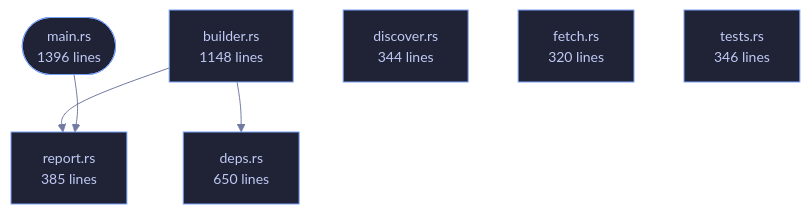
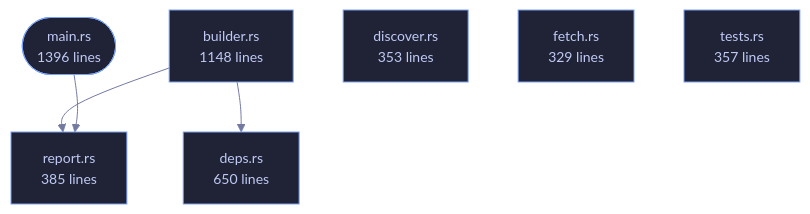
The diagram in crates/veilvoice-verify/README.md (tilas01/veilvoice), drawn with Mermaid before and after one commit. The commit also changed other lines of this file and 487 other files, not shown here.

````diff
--- a/crates/veilvoice-verify/README.md
+++ b/crates/veilvoice-verify/README.md
@@ -93,21 +93,21 @@
 ```mermaid
 %%{init: {"theme":"base","themeVariables":{"background":"#1a1b26","primaryColor":"#1f2335","primaryTextColor":"#c0caf5","primaryBorderColor":"#7aa2f7","secondaryColor":"#16161e","tertiaryColor":"#16161e","lineColor":"#737aa2","textColor":"#c0caf5","mainBkg":"#1f2335","nodeBorder":"#7aa2f7","clusterBkg":"#16161e","clusterBorder":"#2f3549","fontFamily":"ui-monospace, SFMono-Regular, Consolas, monospace","fontSize":"14px"}}}%%
 flowchart TD
     n_main(["main.rs<br/>1396 lines"])
     n_builder["builder.rs<br/>1148 lines"]
     n_deps["deps.rs<br/>650 lines"]
-    n_discover["discover.rs<br/>344 lines"]
-    n_fetch["fetch.rs<br/>320 lines"]
+    n_discover["discover.rs<br/>353 lines"]
+    n_fetch["fetch.rs<br/>329 lines"]
     n_report["report.rs<br/>385 lines"]
-    n_tests["tests.rs<br/>346 lines"]
+    n_tests["tests.rs<br/>357 lines"]
     n_builder --> n_deps
     n_builder --> n_report
     n_main --> n_report
     click n_main href "https://github.com/tilas01/veilvoice/blob/main/crates/veilvoice-verify/src/main.rs" "open the source"
     click n_builder href "https://github.com/tilas01/veilvoice/blob/main/crates/veilvoice-verify/src/builder.rs" "open the source"
     click n_deps href "https://github.com/tilas01/veilvoice/blob/main/crates/veilvoice-verify/src/deps.rs" "open the source"
     click n_discover href "https://github.com/tilas01/veilvoice/blob/main/crates/veilvoice-verify/src/discover.rs" "open the source"
     click n_fetch href "https://github.com/tilas01/veilvoice/blob/main/crates/veilvoice-verify/src/fetch.rs" "open the source"
     click n_report href "https://github.com/tilas01/veilvoice/blob/main/crates/veilvoice-verify/src/report.rs" "open the source"
     click n_tests href "https://github.com/tilas01/veilvoice/blob/main/crates/veilvoice-verify/src/tests.rs" "open the source"
 ```
````
